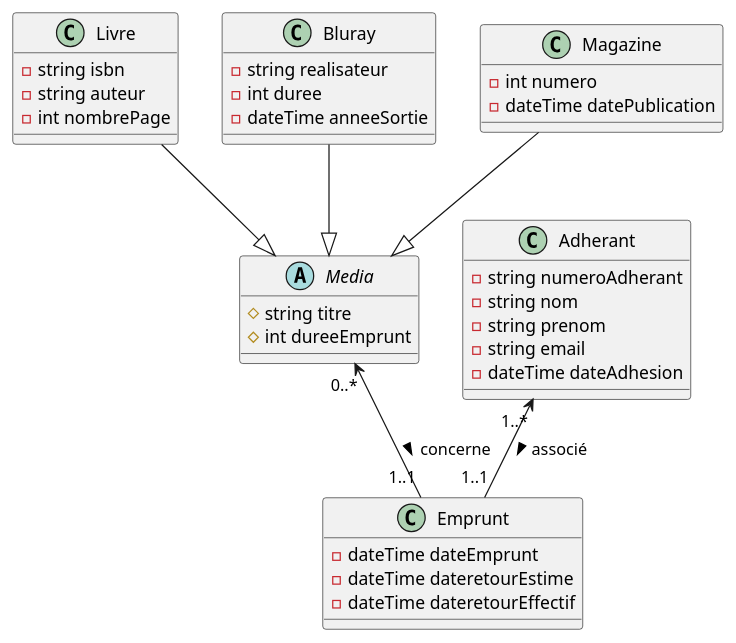
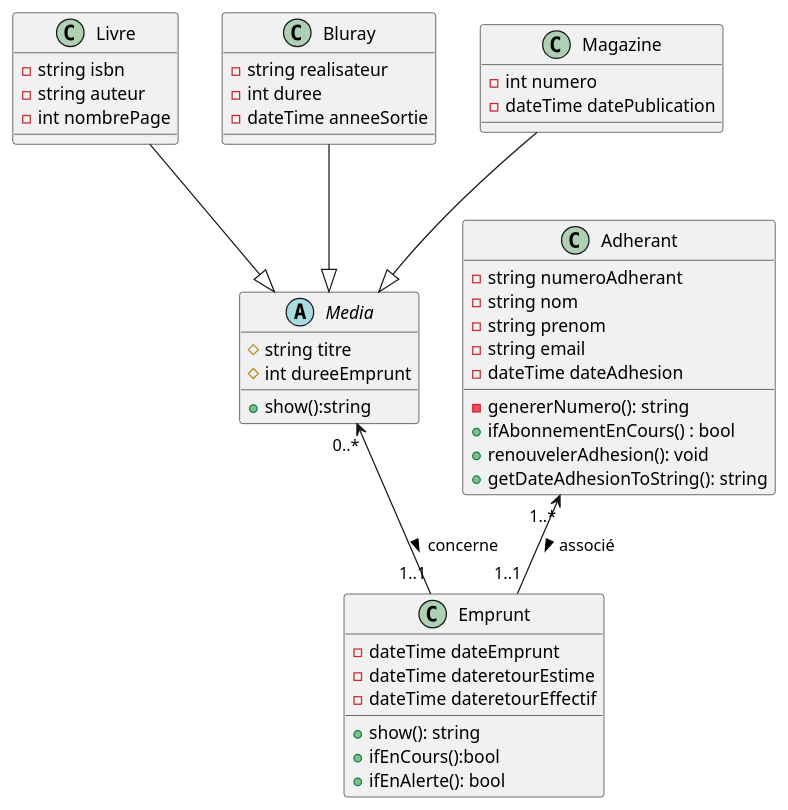
The diagram in documentation/DiagBiblio.puml (SNEAXIII/php-biblio), drawn with PlantUML before and after one commit.

Commit message:
puml update

```diff
--- a/documentation/DiagBiblio.puml
+++ b/documentation/DiagBiblio.puml
@@ -1,44 +1,52 @@
 @startuml
 
 Class Livre {
 -string isbn
 -string auteur
 -int nombrePage
 }
 
 Class Bluray {
 -string realisateur
 -int duree
 -dateTime anneeSortie
 }
 
 Class Magazine {
 -int numero
 -dateTime datePublication
 }
 Abstract Class Media {
 #string titre
 #int dureeEmprunt
++ show():string
 }
 
 Class Adherant {
 -string numeroAdherant
 -string nom
 -string prenom
 -string email
 -dateTime dateAdhesion
+-genererNumero(): string
++ifAbonnementEnCours() : bool
++renouvelerAdhesion(): void
++getDateAdhesionToString(): string
 }
 Class Emprunt {
 -dateTime dateEmprunt
 -dateTime dateretourEstime
 -dateTime dateretourEffectif
++show(): string
++ifEnCours():bool
++ifEnAlerte(): bool
 }
 
 
 
 Livre --|> Media
 Bluray --|> Media
 Magazine --|> Media
 Adherant "1..*" <-- "1..1" Emprunt  : associé >
 Media "0..*" <-- "1..1" Emprunt  : concerne >
 @enduml
```
